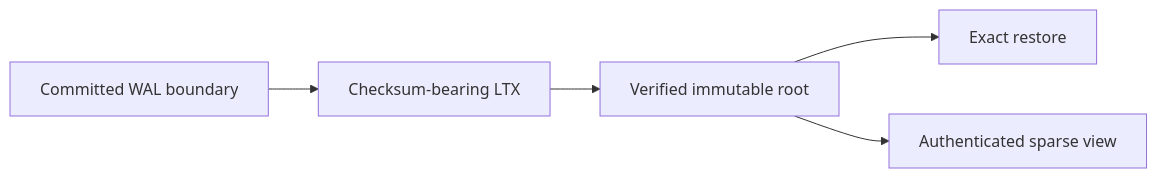
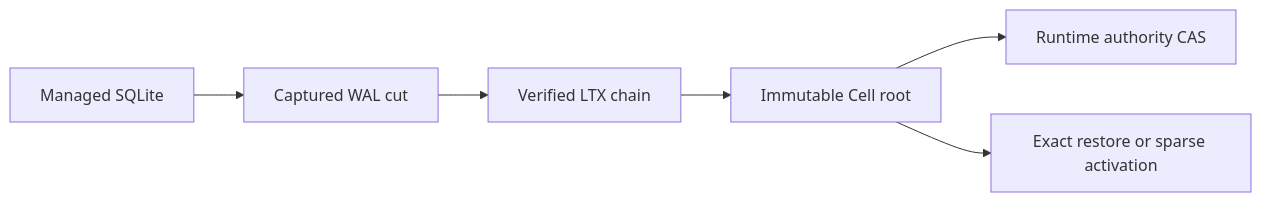
One commit to andypeng2015/cellule changed the diagram in crates/cellule-ltx/README.md. Above: the diagram before and after it, drawn with Mermaid. The commit also changed other lines of this file and 181 other files, not shown here.

````diff
--- a/crates/cellule-ltx/README.md
+++ b/crates/cellule-ltx/README.md
@@ -15,7 +7,8 @@
 ```mermaid
 flowchart LR
-    WAL[Committed WAL boundary] --> Capture[Checksum-bearing LTX]
-    Capture --> Root[Verified immutable root]
-    Root --> Restore[Exact restore]
-    Root --> Sparse[Authenticated sparse view]
+    SQL[Managed SQLite] --> Cut[Captured WAL cut]
+    Cut --> Verify[Verified LTX chain]
+    Verify --> Root[Immutable Cell root]
+    Root --> CAS[Runtime authority CAS]
+    Root --> Restore[Exact restore or sparse activation]
 ```
````
